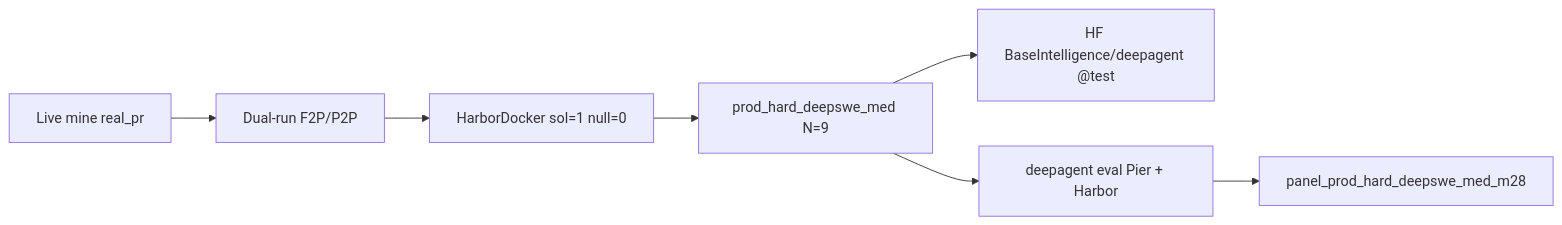
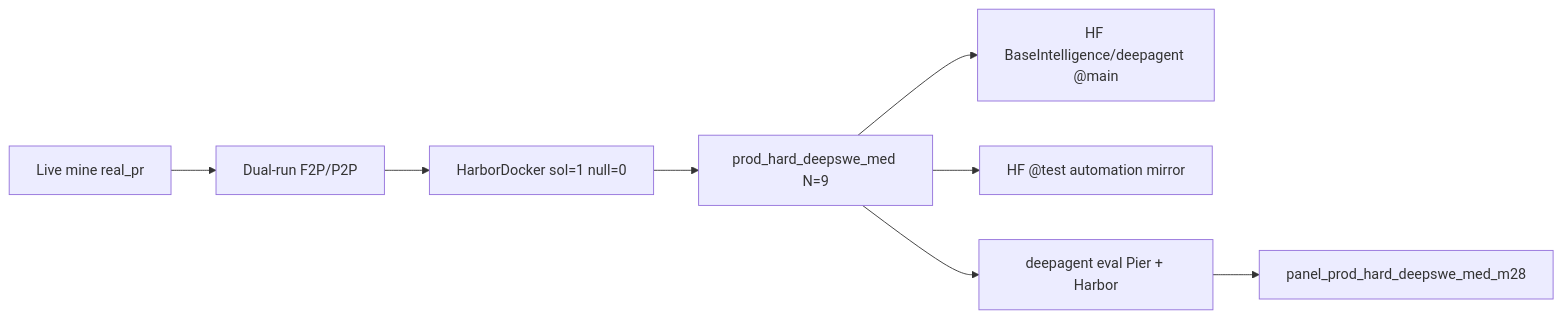
One commit to BaseIntelligence/deepagent changed the diagram in README.md. Above: the diagram before and after it, drawn with Mermaid. The commit also changed other lines of this file and 2 other files, not shown here.

First line of the commit message:
docs(deepagent): m30b HF main stable pin N=9 in public docs

````diff
--- a/README.md
+++ b/README.md
@@ -70,9 +71,10 @@
 ```mermaid
 flowchart LR
   Mine[Live mine real_pr] --> Dual[Dual-run F2P/P2P]
   Dual --> Oracle[HarborDocker sol=1 null=0]
   Oracle --> Product[prod_hard_deepswe_med N=9]
-  Product --> HF[HF BaseIntelligence/deepagent @test]
+  Product --> HF[HF BaseIntelligence/deepagent @main]
+  Product --> HFtest[HF @test automation mirror]
   Product --> Eval[deepagent eval Pier + Harbor]
   Eval --> Board[panel_prod_hard_deepswe_med_m28]
 ```
````
